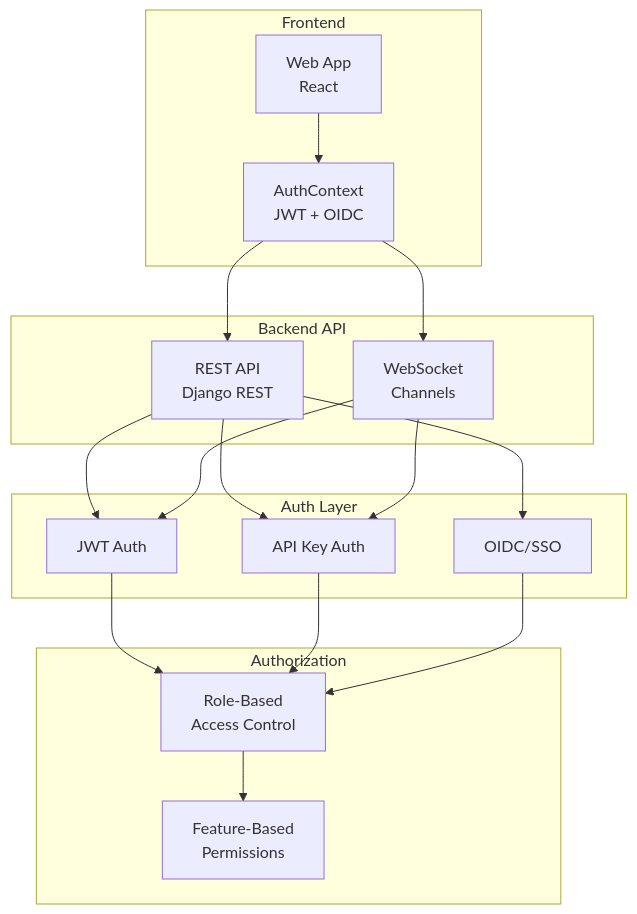
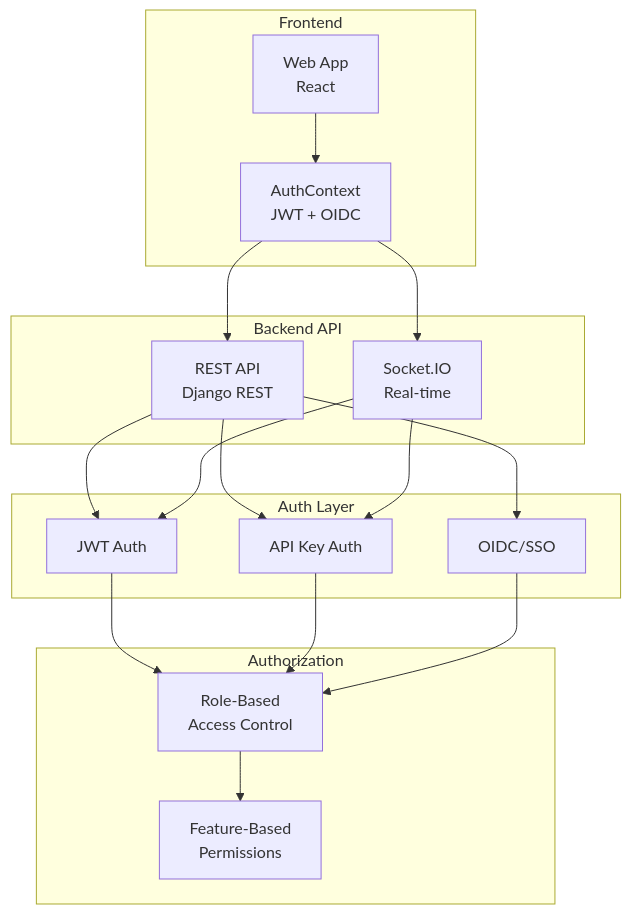
The first of 5 diagrams in docs/03-authentication.md (CHA0S-CORP/SkySpy), drawn with Mermaid before and after one commit. The commit also changed other lines of this file and 66 other files, not shown here.

````diff
--- a/docs/03-authentication.md
+++ b/docs/03-authentication.md
@@ -44,36 +44,36 @@
 ```mermaid
 flowchart TB
     subgraph Frontend["Frontend"]
         WEB[Web App<br/>React]
         AUTH_CTX[AuthContext<br/>JWT + OIDC]
     end
 
     subgraph API["Backend API"]
         REST[REST API<br/>Django REST]
-        WS[WebSocket<br/>Channels]
+        WS[Socket.IO<br/>Real-time]
     end
 
     subgraph AuthLayer["Auth Layer"]
         JWT_AUTH[JWT Auth]
         API_KEY[API Key Auth]
         OIDC[OIDC/SSO]
     end
 
     subgraph Permissions["Authorization"]
         RBAC[Role-Based<br/>Access Control]
         FEATURE[Feature-Based<br/>Permissions]
     end
 
     WEB --> AUTH_CTX
     AUTH_CTX --> REST
     AUTH_CTX --> WS
     REST --> JWT_AUTH
     REST --> API_KEY
     REST --> OIDC
     WS --> JWT_AUTH
     WS --> API_KEY
     JWT_AUTH --> RBAC
     API_KEY --> RBAC
     OIDC --> RBAC
     RBAC --> FEATURE
 ```
````
